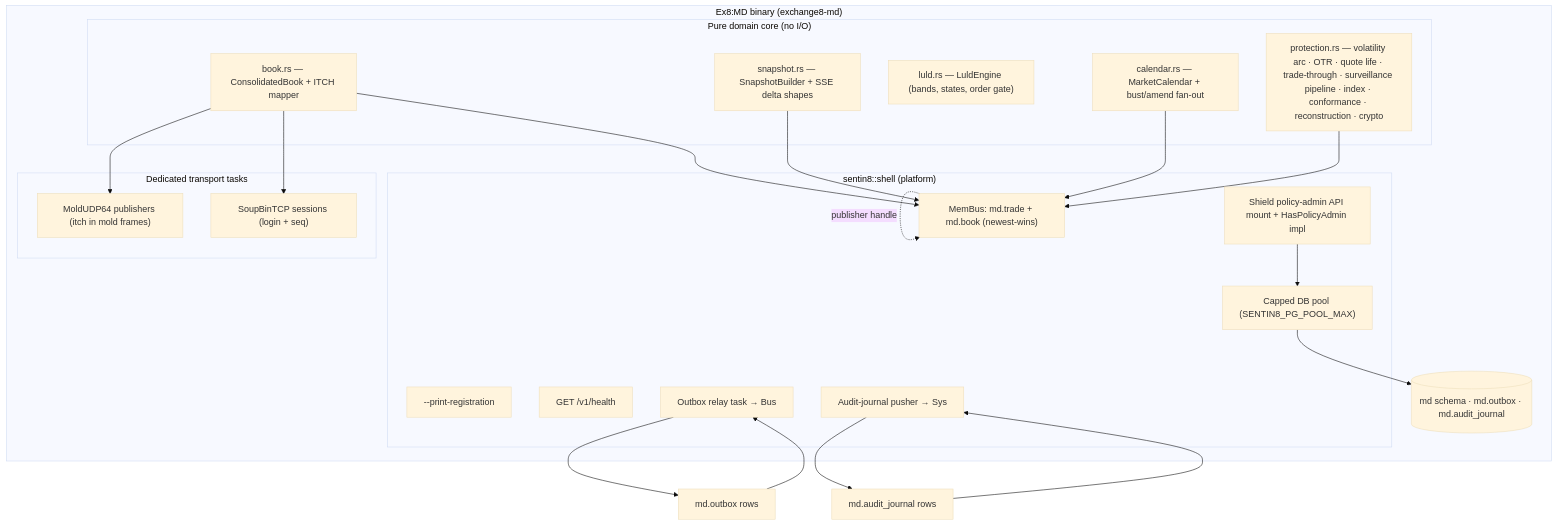
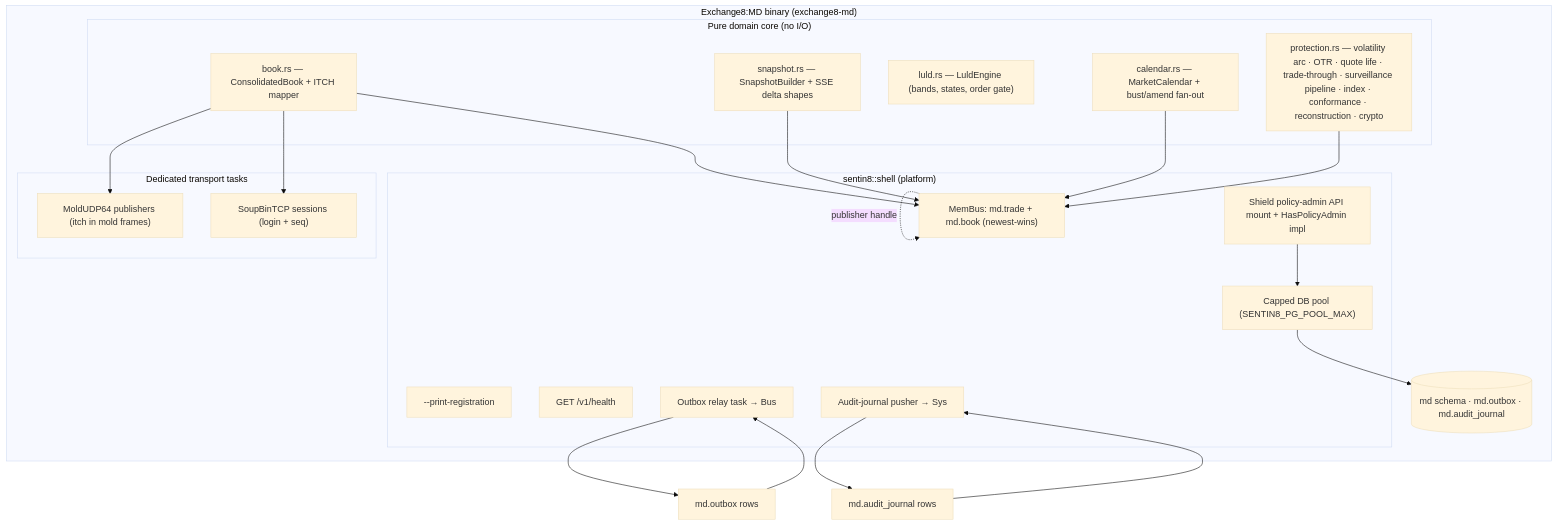
One commit to Exchange8-dev/exchange8-md changed the second of 17 diagrams in DESIGN.md. Above: the diagram before and after it, drawn with Mermaid (base theme). The commit also changed other lines of this file and 10 other files, not shown here.

````diff
--- a/DESIGN.md
+++ b/DESIGN.md
@@ -86,41 +86,41 @@
 ```mermaid
 graph TD
-    subgraph Container["Ex8:MD binary (exchange8-md)"]
+    subgraph Container["Exchange8:MD binary (exchange8-md)"]
         subgraph Pure["Pure domain core (no I/O)"]
             BOOKC["book.rs — ConsolidatedBook + ITCH mapper"]
             CAL["calendar.rs — MarketCalendar + bust/amend fan-out"]
             LULDC["luld.rs — LuldEngine (bands, states, order gate)"]
             SNAPC["snapshot.rs — SnapshotBuilder + SSE delta shapes"]
             PROTC["protection.rs — volatility arc · OTR · quote life · trade-through · surveillance pipeline · index · conformance · reconstruction · crypto"]
         end
         subgraph ShellLayer["sentin8::shell (platform)"]
             REG["--print-registration"]
             POOL["Capped DB pool (SENTIN8_PG_POOL_MAX)"]
             HEALTH["GET /v1/health"]
             ADMINM["Shield policy-admin API mount + HasPolicyAdmin impl"]
             RELAY["Outbox relay task → Bus"]
             AUDITP["Audit-journal pusher → Sys"]
             MEMB["MemBus ServiceBus handle"]
         end
         subgraph Transports["Dedicated transport tasks"]
             MOLDP["MoldUDP64 publishers (itch in mold frames)"]
             SOUPT["SoupBinTCP sessions (login + seq)"]
         end
         DBT[("md schema · md.outbox · md.audit_journal")]
     end
 
     BOOKC --> MEMB
     SNAPC --> MEMB
     CAL --> MEMB
     PROTC --> MEMB
     BOOKC --> MOLDP
     BOOKC --> SOUPT
     MEMB -.->|"publisher handle"| MEMB
     MEMB["MemBus: md.trade + md.book (newest-wins)"]
     POOL --> DBT
     RELAY --> OUTB["md.outbox rows"]
     AUDITP --> JRN["md.audit_journal rows"]
     OUTB --> RELAY
     JRN --> AUDITP
     ADMINM --> POOL
 ```
````
